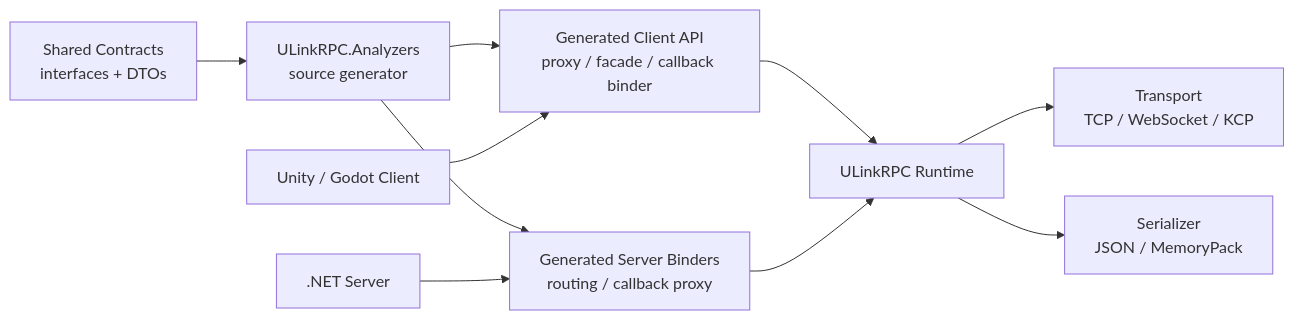
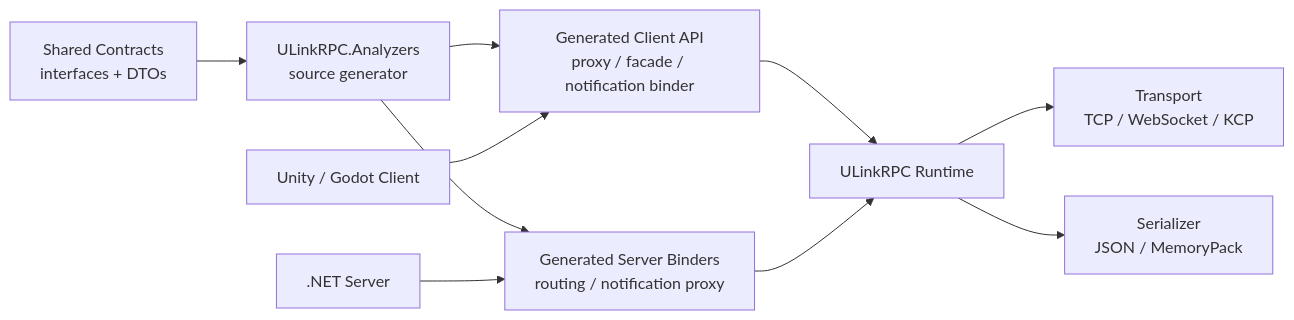
One commit to bruce48x/ULinkRPC changed the first of 2 diagrams in README.md. Above: the diagram before and after it, drawn with Mermaid. The commit also changed other lines of this file and 58 other files, not shown here.

````diff
--- a/README.md
+++ b/README.md
@@ -57,14 +57,14 @@
 ```mermaid
 flowchart LR
     Contracts["Shared Contracts<br/>interfaces + DTOs"] --> SourceGen["ULinkRPC.Analyzers<br/>source generator"]
-    SourceGen --> ClientApi["Generated Client API<br/>proxy / facade / callback binder"]
-    SourceGen --> ServerBinders["Generated Server Binders<br/>routing / callback proxy"]
+    SourceGen --> ClientApi["Generated Client API<br/>proxy / facade / notification binder"]
+    SourceGen --> ServerBinders["Generated Server Binders<br/>routing / notification proxy"]
 
     Client["Unity / Godot Client"] --> ClientApi
     ClientApi --> Runtime["ULinkRPC Runtime"]
     Server[".NET Server"] --> ServerBinders
     ServerBinders --> Runtime
 
     Runtime --> Transport["Transport<br/>TCP / WebSocket / KCP"]
     Runtime --> Serializer["Serializer<br/>JSON / MemoryPack"]
 ```
````
